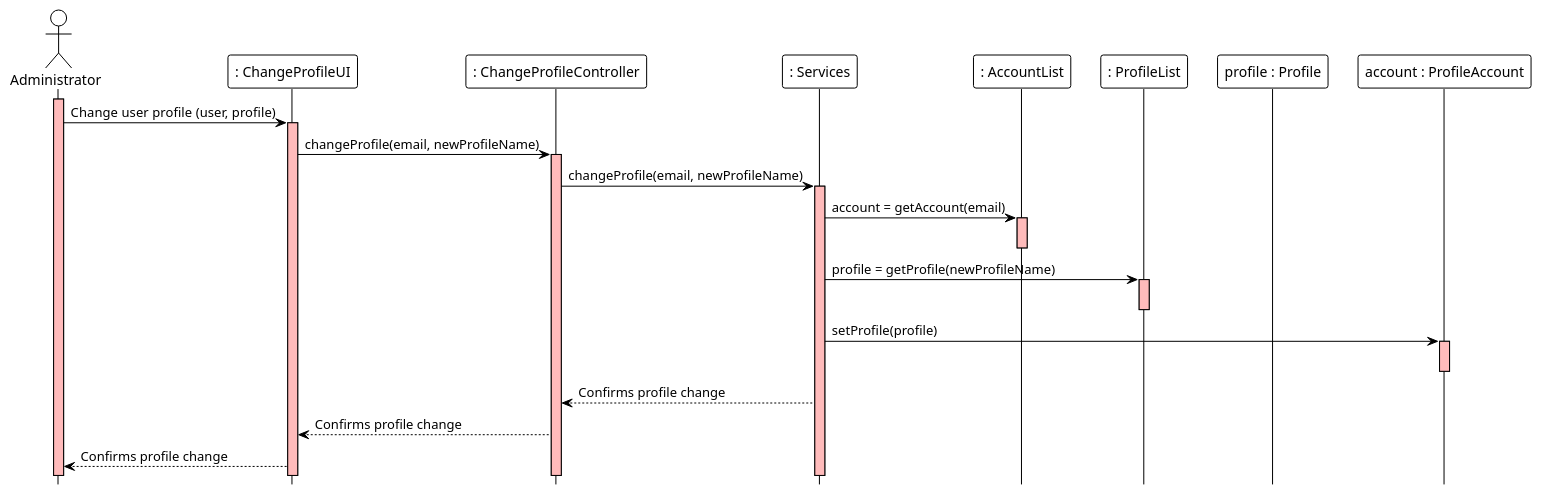
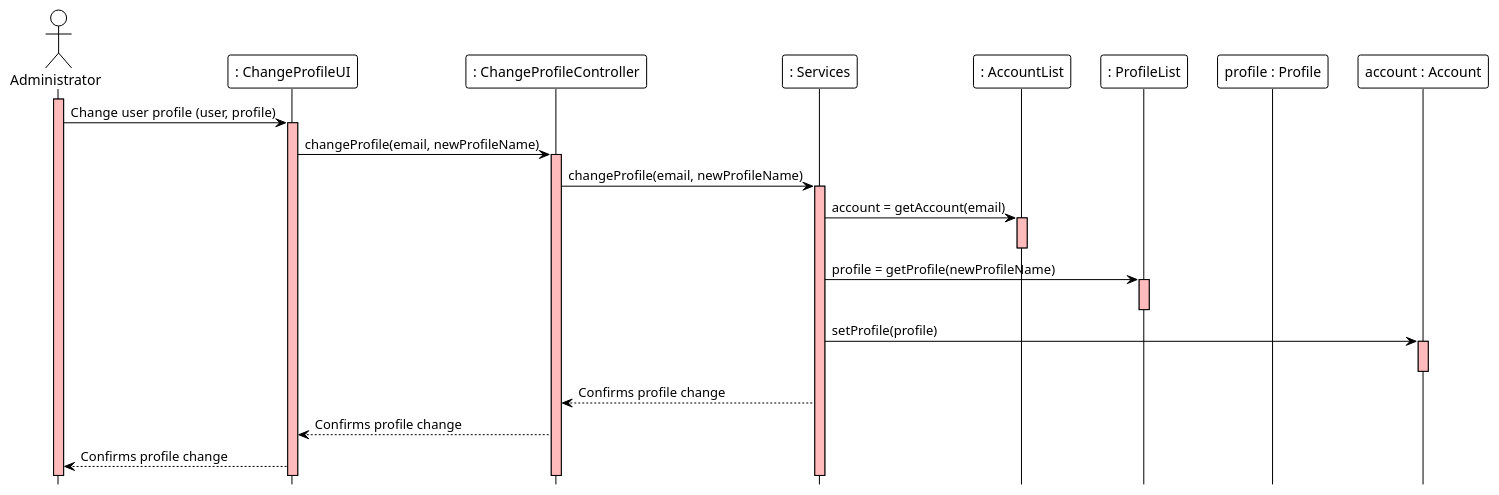
One commit to ivo-menezes/project_g3 changed the diagram in docs/modelling_design/user_stories/us003/US003_ChangeProfileSD.puml. Above: the diagram before and after it, drawn with PlantUML. The commit also changed 1 other file, not shown here.

```diff
--- a/docs/modelling_design/user_stories/us003/US003_ChangeProfileSD.puml
+++ b/docs/modelling_design/user_stories/us003/US003_ChangeProfileSD.puml
@@ -1,36 +1,36 @@
 @startuml
 !theme plain
 hide footbox
 
 actor Administrator
 participant ": ChangeProfileUI" as UI
 participant ": ChangeProfileController" as Controller
 participant ": Services" as Services
 participant ": AccountList" as AccountList
 participant ": ProfileList" as ProfileList
 participant "profile : Profile" as Profile
-participant "account : ProfileAccount" as Account
+participant "account : Account" as Account
 
 
 
 activate Administrator #FFBBBB
 Administrator -> UI : Change user profile (user, profile)
 activate UI #FFBBBB
 UI -> Controller : changeProfile(email, newProfileName)
 activate Controller #FFBBBB
 Controller -> Services : changeProfile(email, newProfileName)
 activate Services #FFBBBB
 Services -> AccountList : account = getAccount(email)
 activate AccountList #FFBBBB
 deactivate AccountList
 Services -> ProfileList : profile = getProfile(newProfileName)
 activate ProfileList #FFBBBB
 deactivate ProfileList #FFBBBB
 Services -> Account : setProfile(profile)
 activate Account #FFBBBB
 deactivate Account #FFBBBB
 
 Services --> Controller : Confirms profile change
 Controller --> UI : Confirms profile change
 UI --> Administrator : Confirms profile change
 @enduml
```
